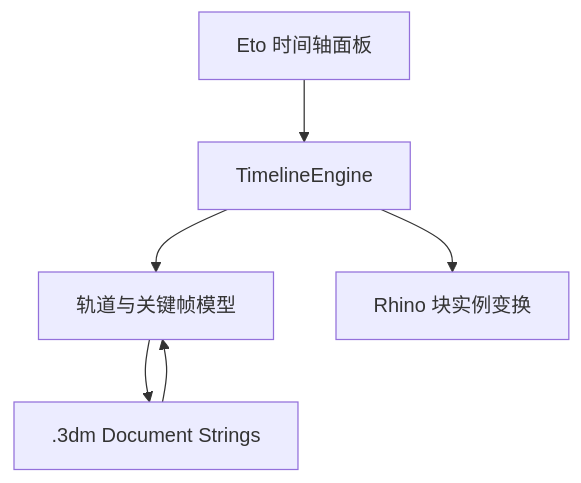
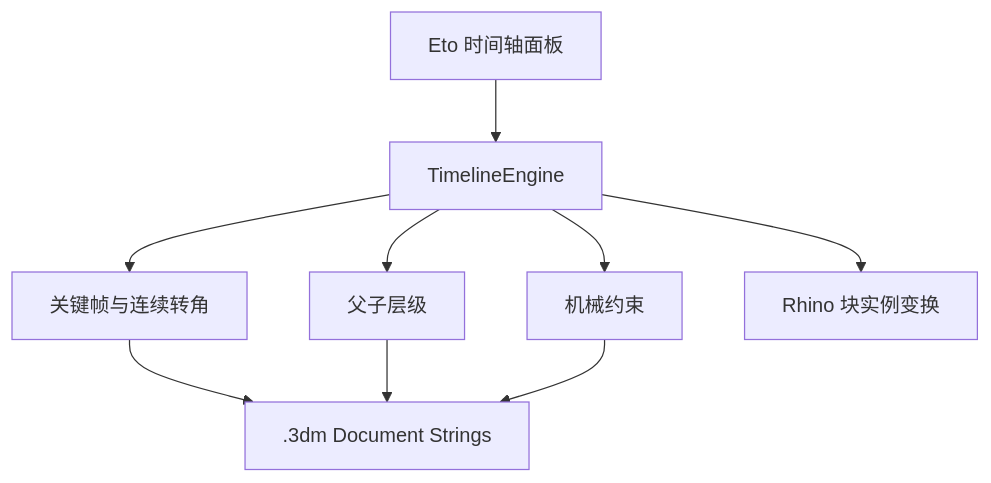
Before and after one commit to lianda123/opena1: the diagram in 新建文件夹/docs/PLUGIN_DESIGN_CN.md, drawn with Mermaid. The commit also changed other lines of this file and 18 other files, not shown here.

Commit message:
Add hierarchy and mechanical constraints to timeline plugin

````diff
--- a/新建文件夹/docs/PLUGIN_DESIGN_CN.md
+++ b/新建文件夹/docs/PLUGIN_DESIGN_CN.md
@@ -20,8 +18,11 @@
 ```mermaid
 flowchart TD
     UI["Eto 时间轴面板"] --> Engine["TimelineEngine"]
-    Engine --> Model["轨道与关键帧模型"]
+    Engine --> Pose["关键帧与连续转角"]
+    Engine --> Hierarchy["父子层级"]
+    Engine --> Constraint["机械约束"]
     Engine --> Rhino["Rhino 块实例变换"]
-    Model --> Store[".3dm Document Strings"]
-    Store --> Model
+    Pose --> Store[".3dm Document Strings"]
+    Hierarchy --> Store
+    Constraint --> Store
 ```
````
